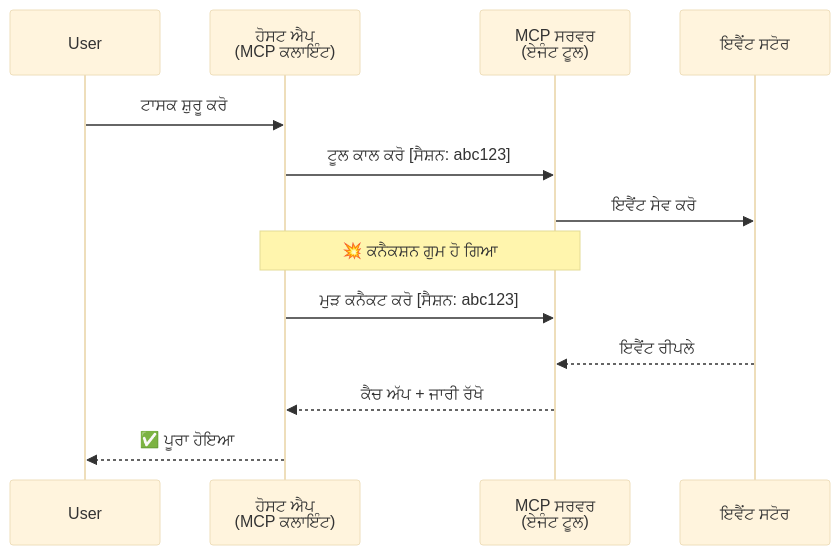
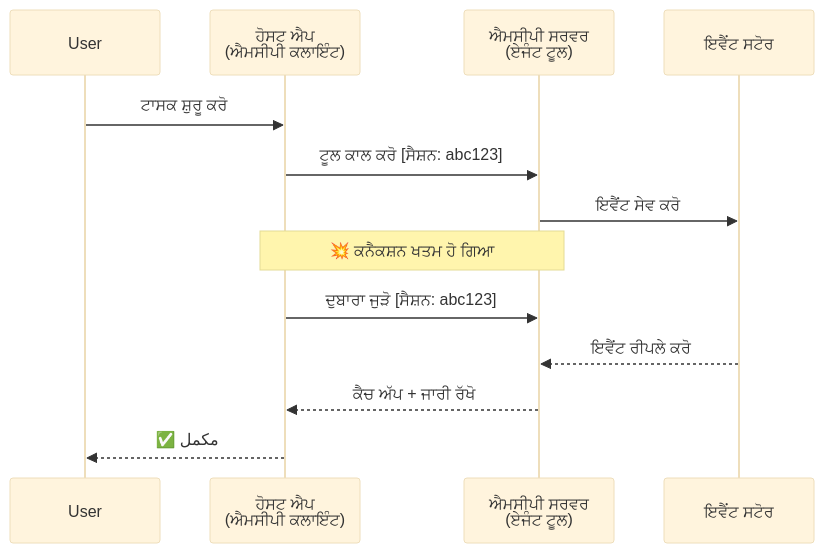
Before and after one commit to gabrielmoreira/agent-skills-mirror: the second of 5 diagrams in mirrors/repos/microsoft@ai-agents-for-beginners/translations/pa/11-agentic-protocols/code_samples/mcp-agents/README.md, drawn with Mermaid (base theme). The commit also changed other lines of this file and 4262 other files, not shown here.

````diff
--- a/mirrors/repos/microsoft@ai-agents-for-beginners/translations/pa/11-agentic-protocols/code_samples/mcp-agents/README.md
+++ b/mirrors/repos/microsoft@ai-agents-for-beginners/translations/pa/11-agentic-protocols/code_samples/mcp-agents/README.md
@@ -82,18 +82,18 @@
 ```mermaid
 sequenceDiagram
     participant User
-    participant Host as ਹੋਸਟ ਐਪ<br/>(MCP ਕਲਾਇੰਟ)
-    participant Server as MCP ਸਰਵਰ<br/>(ਏਜੰਟ ਟੂਲ)
+    participant Host as ਹੋਸਟ ਐਪ<br/>(ਐਮਸੀਪੀ ਕਲਾਇੰਟ)
+    participant Server as ਐਮਸੀਪੀ ਸਰਵਰ<br/>(ਏਜੰਟ ਟੂਲ)
     participant Store as ਇਵੈਂਟ ਸਟੋਰ
 
     User->>Host: ਟਾਸਕ ਸ਼ੁਰੂ ਕਰੋ
     Host->>Server: ਟੂਲ ਕਾਲ ਕਰੋ [ਸੈਸ਼ਨ: abc123]
     Server->>Store: ਇਵੈਂਟ ਸੇਵ ਕਰੋ
 
-    Note over Host,Server: 💥 ਕਨੈਕਸ਼ਨ ਗੁਮ ਹੋ ਗਿਆ
+    Note over Host,Server: 💥 ਕਨੈਕਸ਼ਨ ਖਤਮ ਹੋ ਗਿਆ
 
-    Host->>Server: ਮੁੜ ਕਨੈਕਟ ਕਰੋ [ਸੈਸ਼ਨ: abc123]
-    Store-->>Server: ਇਵੈਂਟ ਰੀਪਲੇ
+    Host->>Server: ਦੁਬਾਰਾ ਜੁੜੋ [ਸੈਸ਼ਨ: abc123]
+    Store-->>Server: ਇਵੈਂਟ ਰੀਪਲੇ ਕਰੋ
     Server-->>Host: ਕੈਚ ਅੱਪ + ਜਾਰੀ ਰੱਖੋ
-    Host-->>User: ✅ ਪੂਰਾ ਹੋਇਆ
+    Host-->>User: ✅ مکمل
 ```
````
